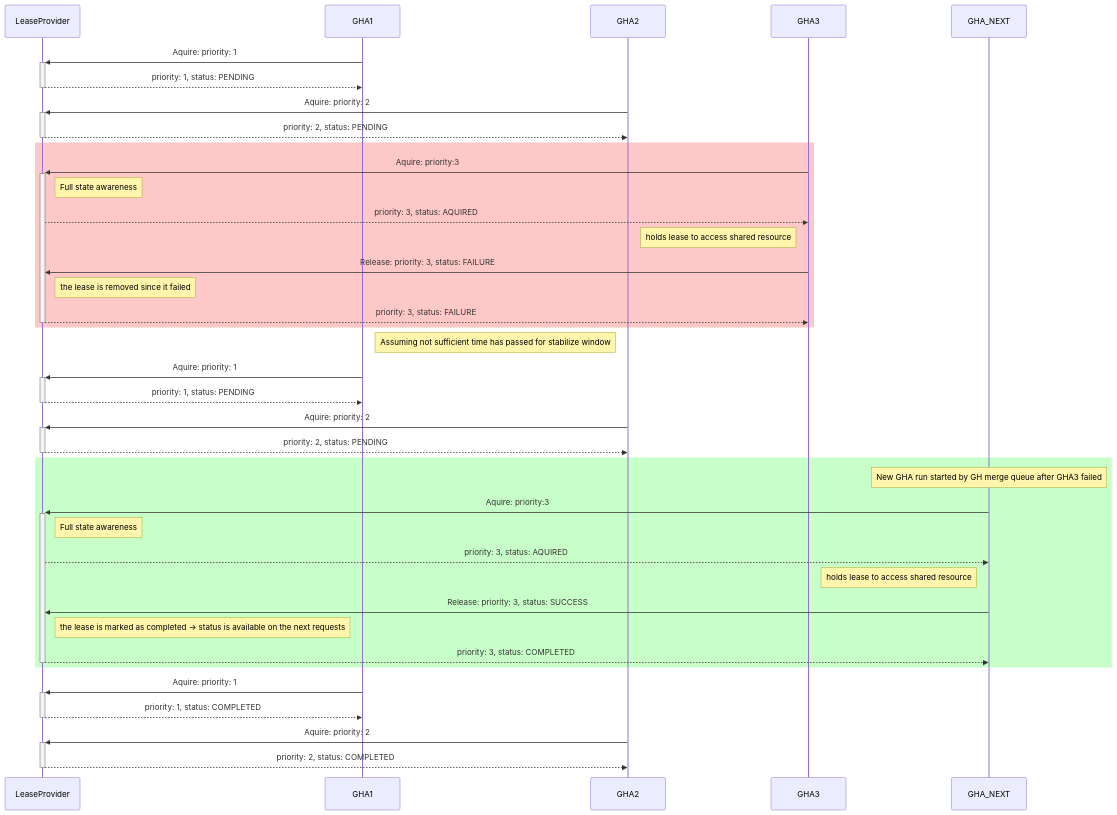
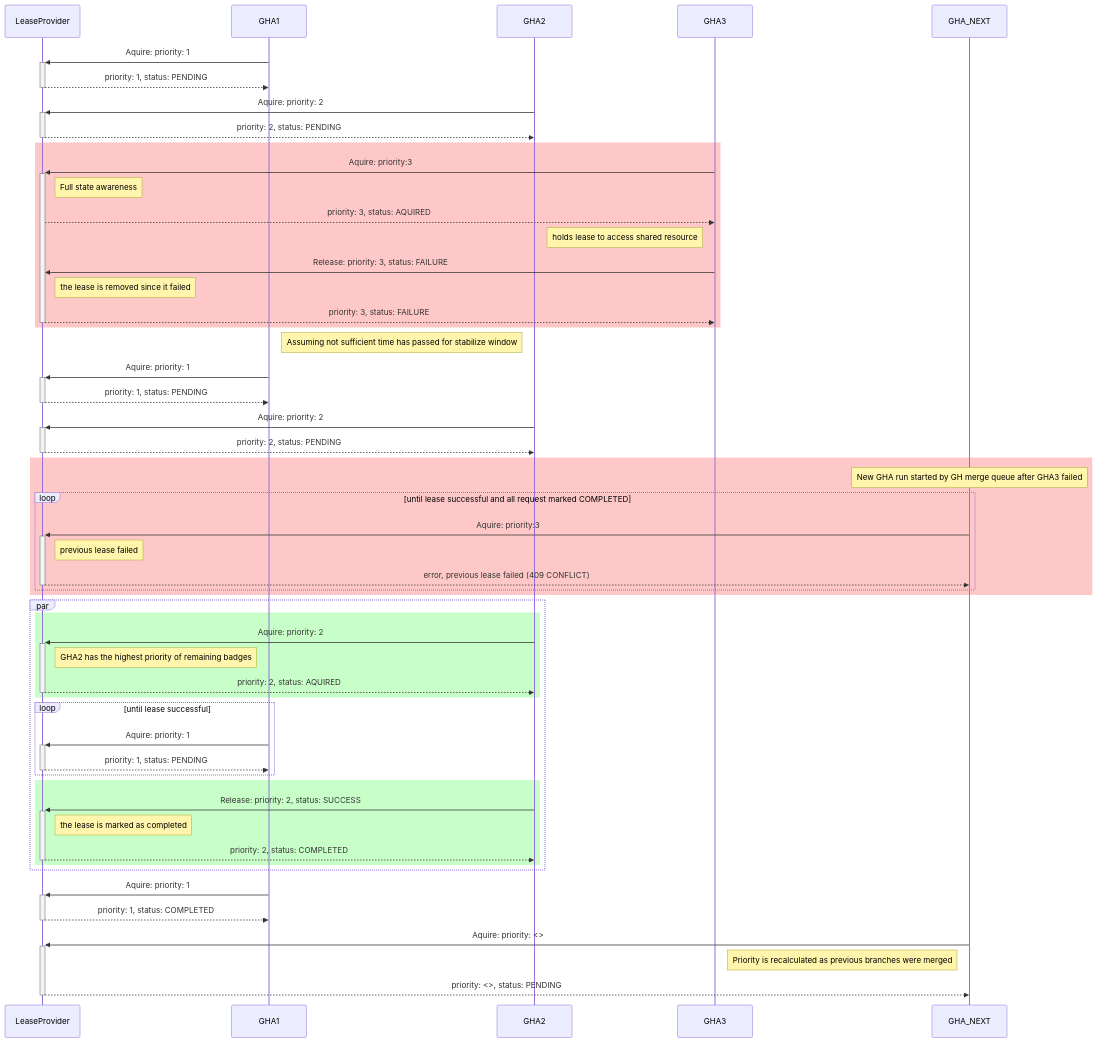
Before and after one commit to ankorstore/mq-lease-service: the third of 3 diagrams in Readme.md, drawn with Mermaid. The commit also changed other lines of this file and 2 other files, not shown here.

Commit message:
fix: prevent race condition when failure is before the end of the mq

````diff
--- a/Readme.md
+++ b/Readme.md
@@ -98,48 +98,66 @@
 ```mermaid
 sequenceDiagram
     participant LeaseProvider
     participant GHA1
     participant GHA2
     participant GHA3
     participant GHA_NEXT
 
     
     GHA1->>+LeaseProvider: Aquire: priority: 1
     LeaseProvider-->>-GHA1: priority: 1, status: PENDING
     GHA2->>+LeaseProvider: Aquire: priority: 2
     LeaseProvider-->>-GHA2: priority: 2, status: PENDING
 
     rect rgb(255, 200, 200)
     GHA3->>+LeaseProvider: Aquire: priority:3 
     note right of LeaseProvider: Full state awareness 
     LeaseProvider-->>GHA3: priority: 3, status: AQUIRED
     note left of GHA3: holds lease to access shared resource
 
     GHA3->>LeaseProvider: Release: priority: 3, status: FAILURE
     note right of LeaseProvider: the lease is removed since it failed
     LeaseProvider-->>-GHA3: priority: 3, status: FAILURE
     end
 
     note right of GHA1: Assuming not sufficient time has passed for stabilize window
     GHA1->>+LeaseProvider: Aquire: priority: 1
     LeaseProvider-->>-GHA1: priority: 1, status: PENDING
     GHA2->>+LeaseProvider: Aquire: priority: 2
     LeaseProvider-->>-GHA2: priority: 2, status: PENDING
 
+    rect rgb(255, 200, 200)
+    note over GHA_NEXT: New GHA run started by GH merge queue after GHA3 failed
+    loop until lease successful and all request marked COMPLETED
+    GHA_NEXT->>+LeaseProvider: Aquire: priority:3 
+    note right of LeaseProvider: previous lease failed 
+    LeaseProvider-->>-GHA_NEXT: error, previous lease failed (409 CONFLICT)
+    end
+    end
+
+
+    par    
     rect rgb(200, 255,200)
-    note over GHA_NEXT: New GHA run started by GH merge queue after GHA3 failed
-    GHA_NEXT->>+LeaseProvider: Aquire: priority:3 
-    note right of LeaseProvider: Full state awareness 
-    LeaseProvider-->>GHA_NEXT: priority: 3, status: AQUIRED
-    note left of GHA_NEXT: holds lease to access shared resource
+    GHA2->>+LeaseProvider: Aquire: priority: 2
+    note right of LeaseProvider: GHA2 has the highest priority of remaining badges
+    LeaseProvider-->>-GHA2: priority: 2, status: AQUIRED
+    end
+    loop until lease successful
+    GHA1->>+LeaseProvider: Aquire: priority: 1
+    LeaseProvider-->>-GHA1: priority: 1, status: PENDING
+    end
 
-    GHA_NEXT->>LeaseProvider: Release: priority: 3, status: SUCCESS
-    note right of LeaseProvider: the lease is marked as completed -> status is available on the next requests
-    LeaseProvider-->>-GHA_NEXT: priority: 3, status: COMPLETED
+    rect rgb(200, 255,200)
+    GHA2->>+LeaseProvider: Release: priority: 2, status: SUCCESS
+    note right of LeaseProvider: the lease is marked as completed
+    LeaseProvider-->>-GHA2: priority: 2, status: COMPLETED
+    end
     end
 
     GHA1->>+LeaseProvider: Aquire: priority: 1
     LeaseProvider-->>-GHA1: priority: 1, status: COMPLETED
-    GHA2->>+LeaseProvider: Aquire: priority: 2
-    LeaseProvider-->>-GHA2: priority: 2, status: COMPLETED
+
+    GHA_NEXT->>+LeaseProvider: Aquire: priority: <>
+    note left of GHA_NEXT: Priority is recalculated as previous branches were merged
+    LeaseProvider-->>-GHA_NEXT: priority: <>, status: PENDING
 ```
````
